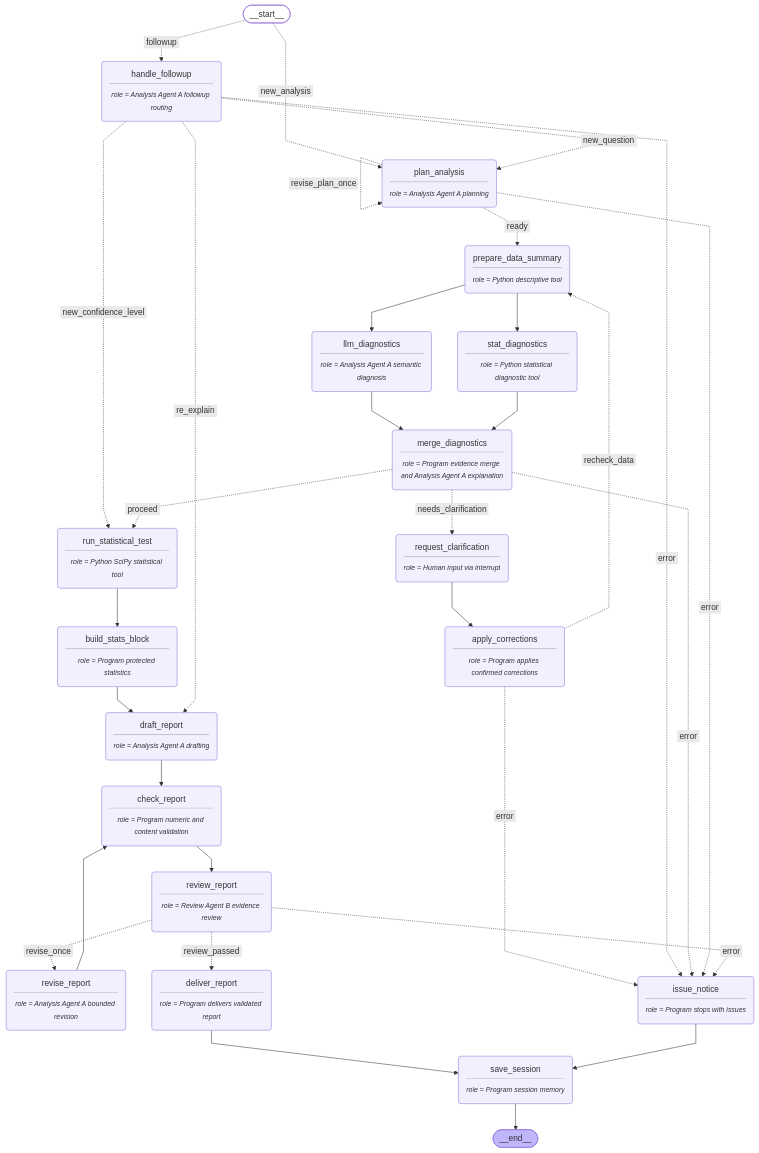
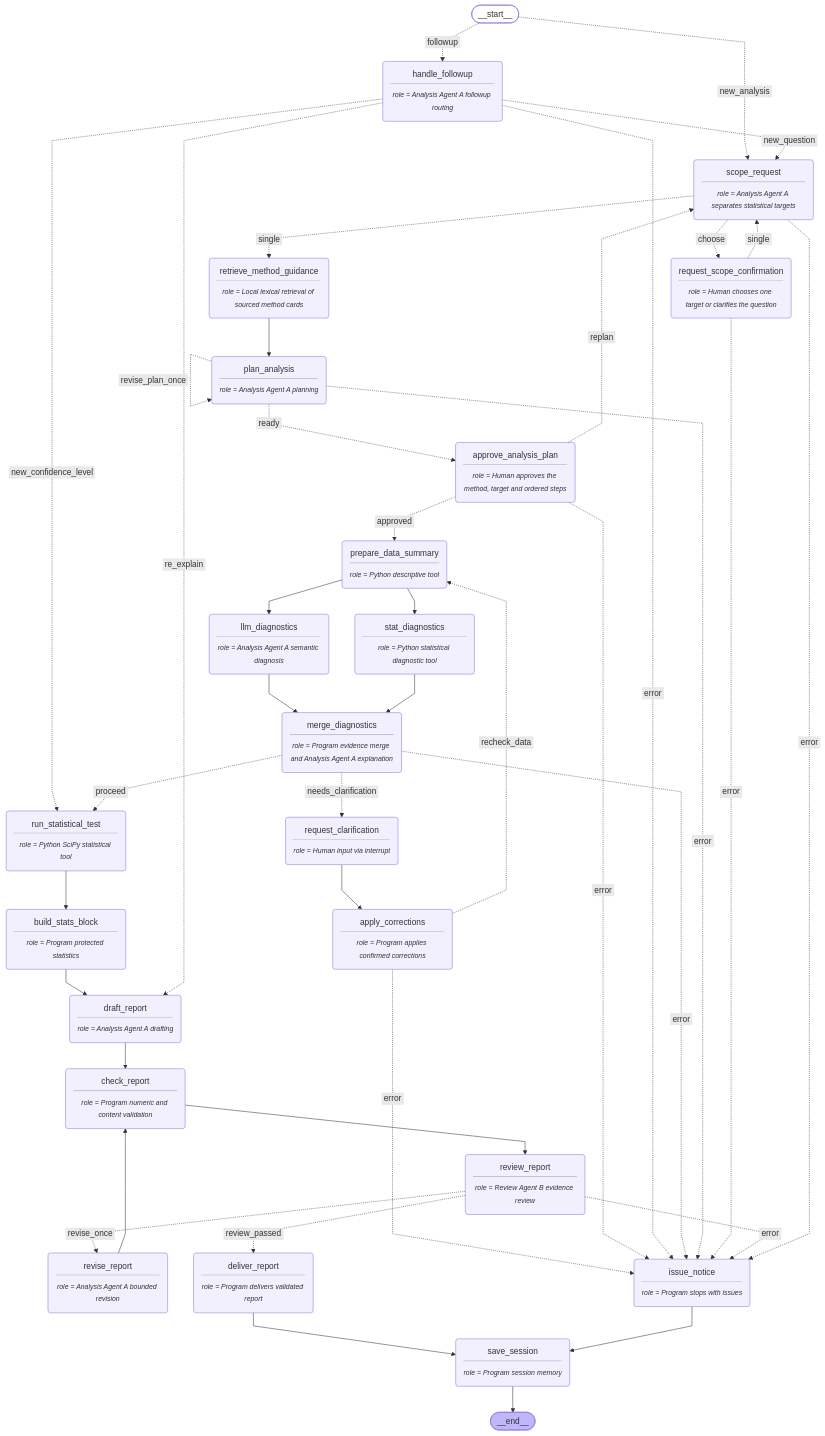
One commit to thisisbread1999/statistical-analysis-assistant changed the diagram in artifacts/graph.mmd. Above: the diagram before and after it, drawn with Mermaid. The commit also changed 108 other files, not shown here.

Commit message:
Add approved analysis plans, native tools and public reproduction demos

```diff
--- a/artifacts/graph.mmd
+++ b/artifacts/graph.mmd
@@ -1,58 +1,71 @@
 ---
 config:
   flowchart:
     curve: linear
 ---
 graph TD;
 	__start__([<p>__start__</p>]):::first
+	scope_request(scope_request<hr/><small><em>role = Analysis Agent A separates statistical targets</em></small>)
+	request_scope_confirmation(request_scope_confirmation<hr/><small><em>role = Human chooses one target or clarifies the question</em></small>)
+	retrieve_method_guidance(retrieve_method_guidance<hr/><small><em>role = Local lexical retrieval of sourced method cards</em></small>)
 	plan_analysis(plan_analysis<hr/><small><em>role = Analysis Agent A planning</em></small>)
+	approve_analysis_plan(approve_analysis_plan<hr/><small><em>role = Human approves the method, target and ordered steps</em></small>)
 	prepare_data_summary(prepare_data_summary<hr/><small><em>role = Python descriptive tool</em></small>)
 	llm_diagnostics(llm_diagnostics<hr/><small><em>role = Analysis Agent A semantic diagnosis</em></small>)
 	stat_diagnostics(stat_diagnostics<hr/><small><em>role = Python statistical diagnostic tool</em></small>)
 	merge_diagnostics(merge_diagnostics<hr/><small><em>role = Program evidence merge and Analysis Agent A explanation</em></small>)
 	request_clarification(request_clarification<hr/><small><em>role = Human input via interrupt</em></small>)
 	apply_corrections(apply_corrections<hr/><small><em>role = Program applies confirmed corrections</em></small>)
 	run_statistical_test(run_statistical_test<hr/><small><em>role = Python SciPy statistical tool</em></small>)
 	build_stats_block(build_stats_block<hr/><small><em>role = Program protected statistics</em></small>)
 	draft_report(draft_report<hr/><small><em>role = Analysis Agent A drafting</em></small>)
 	check_report(check_report<hr/><small><em>role = Program numeric and content validation</em></small>)
 	review_report(review_report<hr/><small><em>role = Review Agent B evidence review</em></small>)
 	revise_report(revise_report<hr/><small><em>role = Analysis Agent A bounded revision</em></small>)
 	deliver_report(deliver_report<hr/><small><em>role = Program delivers validated report</em></small>)
 	issue_notice(issue_notice<hr/><small><em>role = Program stops with issues</em></small>)
 	save_session(save_session<hr/><small><em>role = Program session memory</em></small>)
 	handle_followup(handle_followup<hr/><small><em>role = Analysis Agent A followup routing</em></small>)
 	__end__([<p>__end__</p>]):::last
 	__start__ -. &nbsp;followup&nbsp; .-> handle_followup;
-	__start__ -. &nbsp;new_analysis&nbsp; .-> plan_analysis;
+	__start__ -. &nbsp;new_analysis&nbsp; .-> scope_request;
 	apply_corrections -. &nbsp;error&nbsp; .-> issue_notice;
 	apply_corrections -. &nbsp;recheck_data&nbsp; .-> prepare_data_summary;
+	approve_analysis_plan -. &nbsp;error&nbsp; .-> issue_notice;
+	approve_analysis_plan -. &nbsp;approved&nbsp; .-> prepare_data_summary;
+	approve_analysis_plan -. &nbsp;replan&nbsp; .-> scope_request;
 	build_stats_block --> draft_report;
 	check_report --> review_report;
 	deliver_report --> save_session;
 	draft_report --> check_report;
 	handle_followup -. &nbsp;re_explain&nbsp; .-> draft_report;
 	handle_followup -. &nbsp;error&nbsp; .-> issue_notice;
-	handle_followup -. &nbsp;new_question&nbsp; .-> plan_analysis;
 	handle_followup -. &nbsp;new_confidence_level&nbsp; .-> run_statistical_test;
+	handle_followup -. &nbsp;new_question&nbsp; .-> scope_request;
 	issue_notice --> save_session;
 	llm_diagnostics --> merge_diagnostics;
 	merge_diagnostics -. &nbsp;error&nbsp; .-> issue_notice;
 	merge_diagnostics -. &nbsp;needs_clarification&nbsp; .-> request_clarification;
 	merge_diagnostics -. &nbsp;proceed&nbsp; .-> run_statistical_test;
+	plan_analysis -. &nbsp;ready&nbsp; .-> approve_analysis_plan;
 	plan_analysis -. &nbsp;error&nbsp; .-> issue_notice;
-	plan_analysis -. &nbsp;ready&nbsp; .-> prepare_data_summary;
 	prepare_data_summary --> llm_diagnostics;
 	prepare_data_summary --> stat_diagnostics;
 	request_clarification --> apply_corrections;
+	request_scope_confirmation -. &nbsp;error&nbsp; .-> issue_notice;
+	request_scope_confirmation -. &nbsp;single&nbsp; .-> scope_request;
+	retrieve_method_guidance --> plan_analysis;
 	review_report -. &nbsp;review_passed&nbsp; .-> deliver_report;
 	review_report -. &nbsp;error&nbsp; .-> issue_notice;
 	review_report -. &nbsp;revise_once&nbsp; .-> revise_report;
 	revise_report --> check_report;
 	run_statistical_test --> build_stats_block;
+	scope_request -. &nbsp;error&nbsp; .-> issue_notice;
+	scope_request -. &nbsp;choose&nbsp; .-> request_scope_confirmation;
+	scope_request -. &nbsp;single&nbsp; .-> retrieve_method_guidance;
 	stat_diagnostics --> merge_diagnostics;
 	save_session --> __end__;
 	plan_analysis -. &nbsp;revise_plan_once&nbsp; .-> plan_analysis;
 	classDef default fill:#f2f0ff,line-height:1.2
 	classDef first fill-opacity:0
 	classDef last fill:#bfb6fc
```
